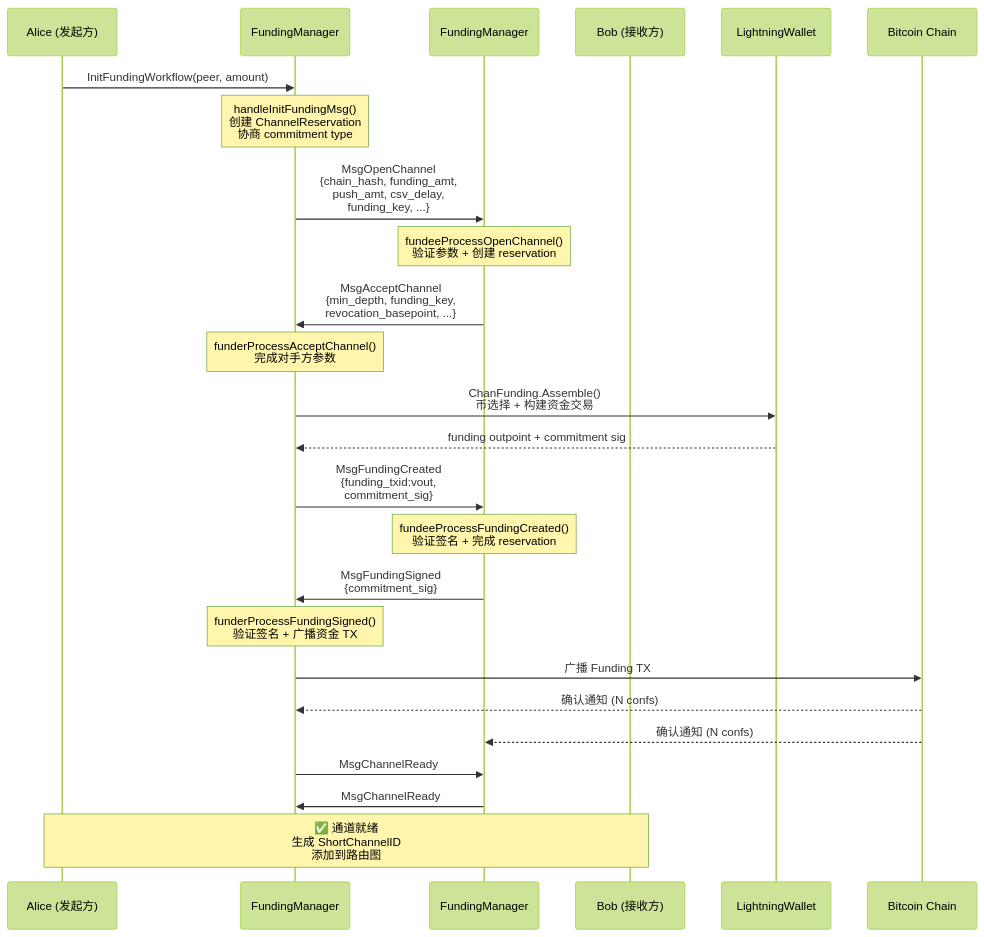
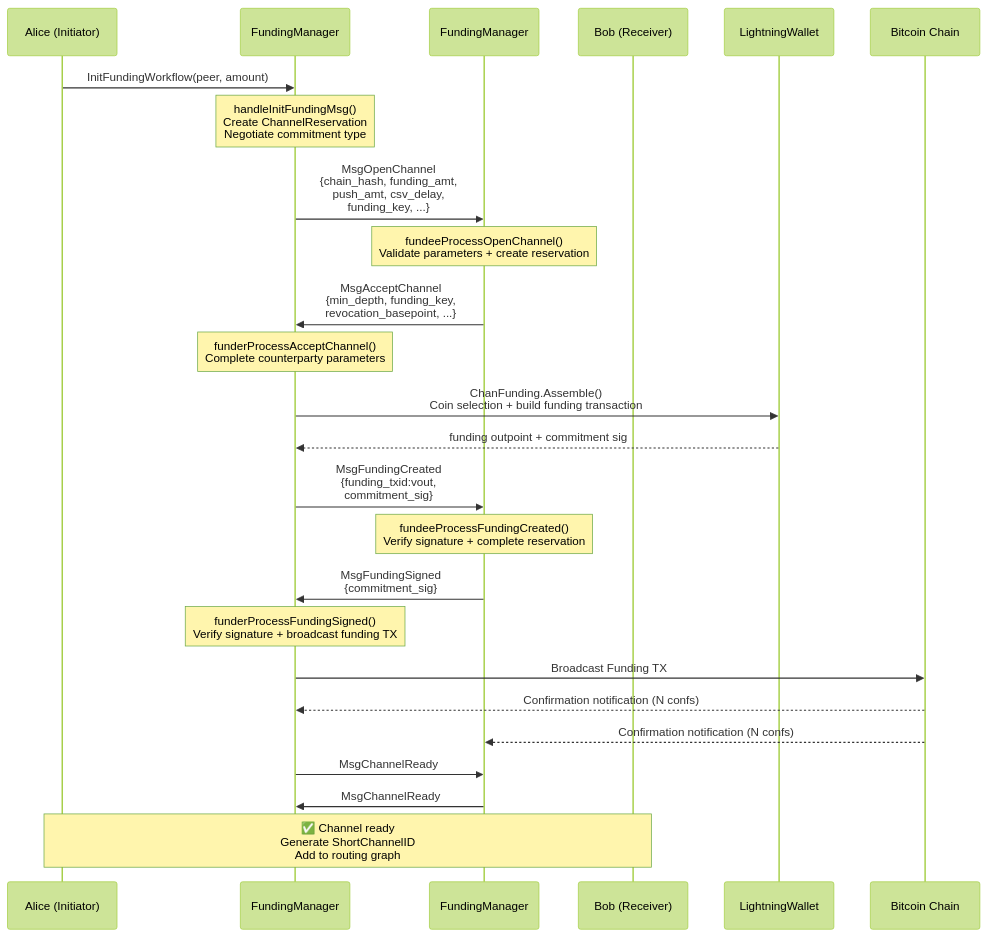
One commit to loka-network/loka-p2p-lnd changed the third of 8 diagrams in 1-refactor-docs/lnd-architecture.md. Above: the diagram before and after it, drawn with Mermaid (forest theme). The commit also changed other lines of this file and 12 other files, not shown here.

````diff
--- a/1-refactor-docs/lnd-architecture.md
+++ b/1-refactor-docs/lnd-architecture.md
@@ -397,36 +397,36 @@
 ```mermaid
 sequenceDiagram
-    participant Alice as Alice (发起方)
+    participant Alice as Alice (Initiator)
     participant FundMgr_A as FundingManager
     participant FundMgr_B as FundingManager
-    participant Bob as Bob (接收方)
+    participant Bob as Bob (Receiver)
     participant Wallet as LightningWallet
     participant Chain as Bitcoin Chain
 
     Alice->>FundMgr_A: InitFundingWorkflow(peer, amount)
-    Note over FundMgr_A: handleInitFundingMsg()<br/>创建 ChannelReservation<br/>协商 commitment type
+    Note over FundMgr_A: handleInitFundingMsg()<br/>Create ChannelReservation<br/>Negotiate commitment type
 
     FundMgr_A->>FundMgr_B: MsgOpenChannel<br/>{chain_hash, funding_amt,<br/>push_amt, csv_delay,<br/>funding_key, ...}
-    Note over FundMgr_B: fundeeProcessOpenChannel()<br/>验证参数 + 创建 reservation
+    Note over FundMgr_B: fundeeProcessOpenChannel()<br/>Validate parameters + create reservation
 
     FundMgr_B->>FundMgr_A: MsgAcceptChannel<br/>{min_depth, funding_key,<br/>revocation_basepoint, ...}
-    Note over FundMgr_A: funderProcessAcceptChannel()<br/>完成对手方参数
+    Note over FundMgr_A: funderProcessAcceptChannel()<br/>Complete counterparty parameters
 
-    FundMgr_A->>Wallet: ChanFunding.Assemble()<br/>币选择 + 构建资金交易
+    FundMgr_A->>Wallet: ChanFunding.Assemble()<br/>Coin selection + build funding transaction
     Wallet-->>FundMgr_A: funding outpoint + commitment sig
 
     FundMgr_A->>FundMgr_B: MsgFundingCreated<br/>{funding_txid:vout,<br/>commitment_sig}
-    Note over FundMgr_B: fundeeProcessFundingCreated()<br/>验证签名 + 完成 reservation
+    Note over FundMgr_B: fundeeProcessFundingCreated()<br/>Verify signature + complete reservation
 
     FundMgr_B->>FundMgr_A: MsgFundingSigned<br/>{commitment_sig}
-    Note over FundMgr_A: funderProcessFundingSigned()<br/>验证签名 + 广播资金 TX
+    Note over FundMgr_A: funderProcessFundingSigned()<br/>Verify signature + broadcast funding TX
 
-    FundMgr_A->>Chain: 广播 Funding TX
-    Chain-->>FundMgr_A: 确认通知 (N confs)
-    Chain-->>FundMgr_B: 确认通知 (N confs)
+    FundMgr_A->>Chain: Broadcast Funding TX
+    Chain-->>FundMgr_A: Confirmation notification (N confs)
+    Chain-->>FundMgr_B: Confirmation notification (N confs)
 
     FundMgr_A->>FundMgr_B: MsgChannelReady
     FundMgr_B->>FundMgr_A: MsgChannelReady
 
-    Note over Alice, Bob: ✅ 通道就绪<br/>生成 ShortChannelID<br/>添加到路由图
+    Note over Alice, Bob: ✅ Channel ready<br/>Generate ShortChannelID<br/>Add to routing graph
 ```
````
